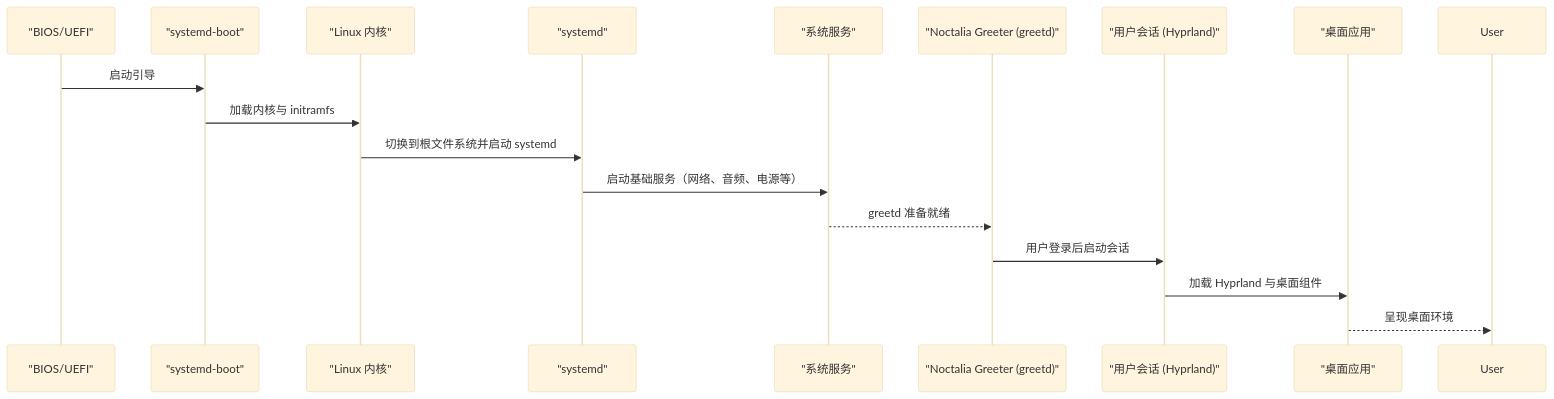
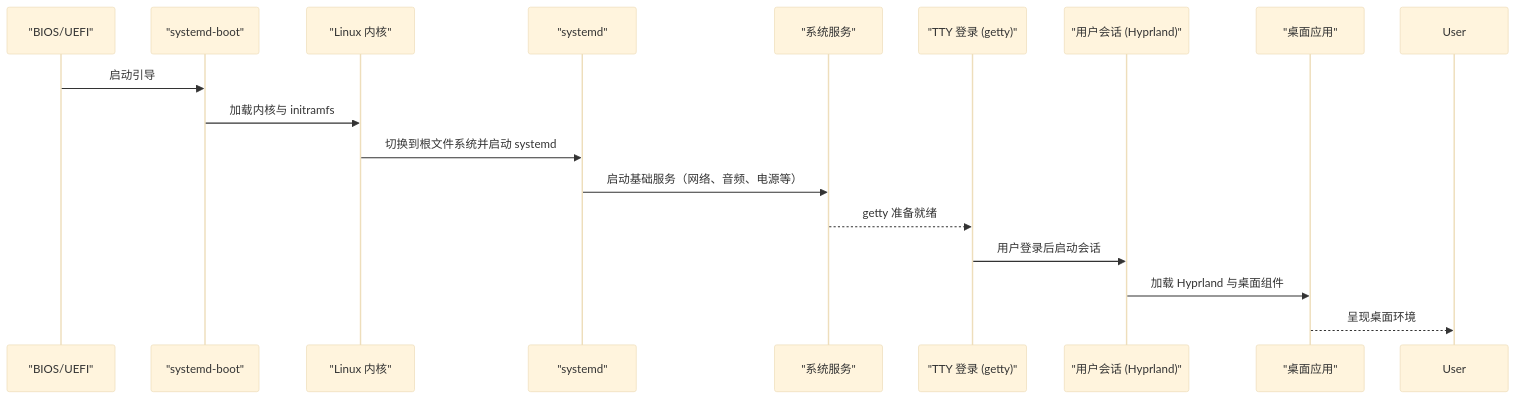
Before and after one commit to Shangshui0302/myNixOSConfig: the second of 3 diagrams in wiki/architecture/host.md, drawn with Mermaid (base theme). The commit also changed other lines of this file and 8 other files, not shown here.

First line of the commit message:
feat(greeter): retire Noctalia Greeter, switch to pure TTY login

````diff
--- a/wiki/architecture/host.md
+++ b/wiki/architecture/host.md
@@ -58,19 +58,19 @@
 ```mermaid
 sequenceDiagram
 participant Firmware as "BIOS/UEFI"
 participant Bootloader as "systemd-boot"
 participant Kernel as "Linux 内核"
 participant Init as "systemd"
 participant Services as "系统服务"
-participant Greeter as "Noctalia Greeter (greetd)"
+participant TTY as "TTY 登录 (getty)"
 participant Session as "用户会话 (Hyprland)"
 participant Desktop as "桌面应用"
 Firmware->>Bootloader : 启动引导
 Bootloader->>Kernel : 加载内核与 initramfs
 Kernel->>Init : 切换到根文件系统并启动 systemd
 Init->>Services : 启动基础服务（网络、音频、电源等）
-Services-->>Greeter : greetd 准备就绪
-Greeter->>Session : 用户登录后启动会话
+Services-->>TTY : getty 准备就绪
+TTY->>Session : 用户登录后启动会话
 Session->>Desktop : 加载 Hyprland 与桌面组件
 Desktop-->>User : 呈现桌面环境
 ```
````
